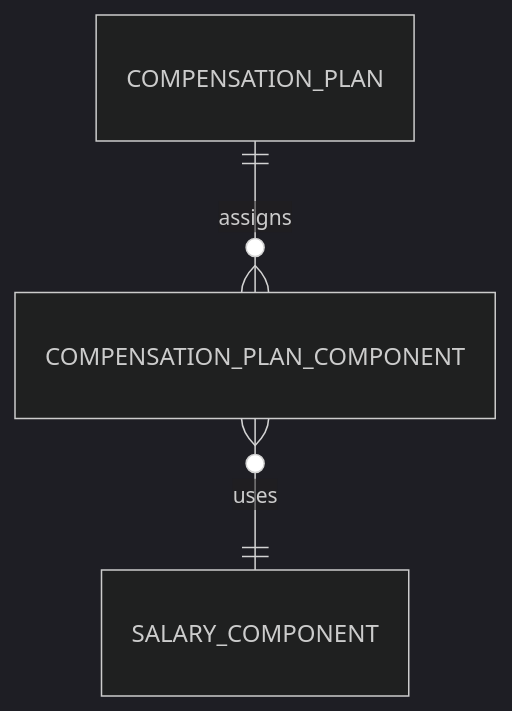
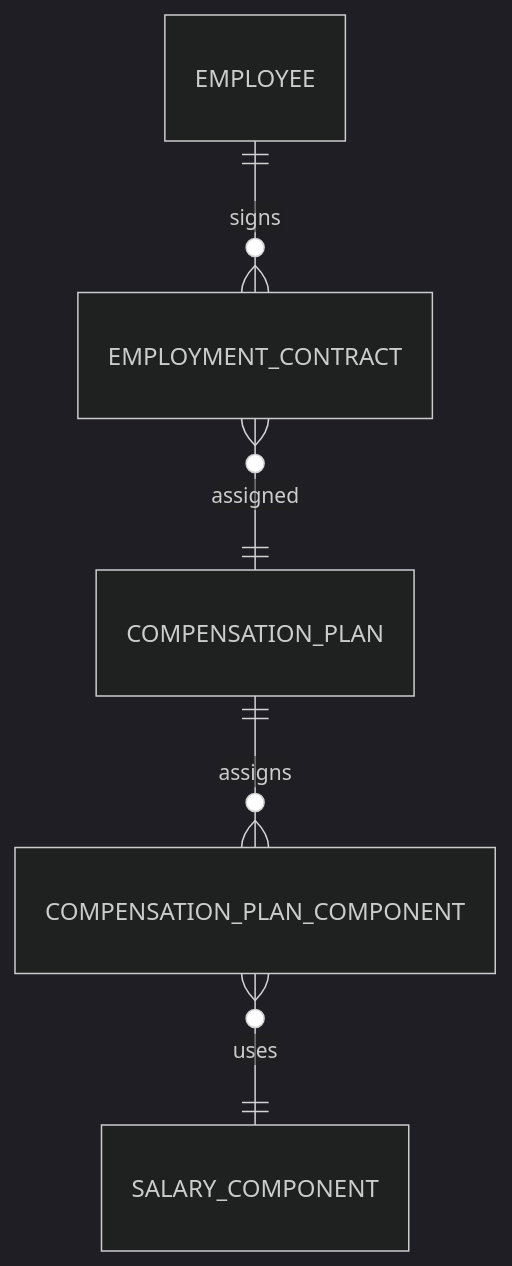
One commit to senbinil/salary-manager changed the second of 2 diagrams in docs/SALARY-COMPONENT-RELATIONSHIPS.md. Above: the diagram before and after it, drawn with Mermaid (dark theme). The commit also changed other lines of this file, not shown here.

First line of the commit message:
docs: show how a plan reaches an employee through the contract

````diff
--- a/docs/SALARY-COMPONENT-RELATIONSHIPS.md
+++ b/docs/SALARY-COMPONENT-RELATIONSHIPS.md
@@ -90,5 +98,7 @@
 ```mermaid
 erDiagram
+    EMPLOYEE ||--o{ EMPLOYMENT_CONTRACT : "signs"
+    EMPLOYMENT_CONTRACT }o--|| COMPENSATION_PLAN : "assigned"
     COMPENSATION_PLAN ||--o{ COMPENSATION_PLAN_COMPONENT : "assigns"
     COMPENSATION_PLAN_COMPONENT }o--|| SALARY_COMPONENT : "uses"
 ```
````
